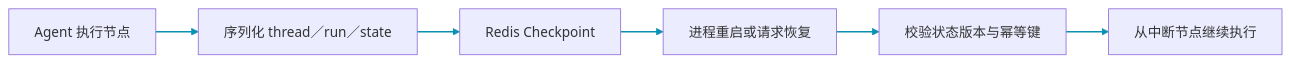
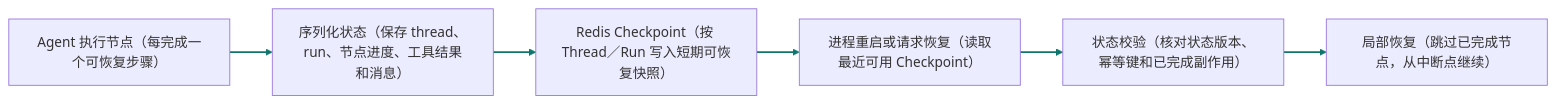
Before and after one commit to monstereatai/RAG: diagram 15 of 37 in docs/interview/功能步骤流程.md, drawn with Mermaid. The commit also changed other lines of this file and 21 other files, not shown here.

````diff
--- a/docs/interview/功能步骤流程.md
+++ b/docs/interview/功能步骤流程.md
@@ -1473,9 +1746,9 @@
 ```mermaid
 flowchart LR
-A[Agent 执行节点] --> B[序列化 thread／run／state]
-  B --> C[Redis Checkpoint]
-  C --> D[进程重启或请求恢复]
-  D --> E[校验状态版本与幂等键]
-  E --> F[从中断节点继续执行]
-  linkStyle 0,1,2,3,4 stroke:#0891b2,stroke-width:2px
+ A[Agent 执行节点（每完成一个可恢复步骤）] --> B[序列化状态（保存 thread、run、节点进度、工具结果和消息）]
+  B --> C[Redis Checkpoint（按 Thread／Run 写入短期可恢复快照）]
+  C --> D[进程重启或请求恢复（读取最近可用 Checkpoint）]
+  D --> E[状态校验（核对状态版本、幂等键和已完成副作用）]
+  E --> F[局部恢复（跳过已完成节点，从中断点继续）]
+  linkStyle 0,1,2,3,4 stroke:#0f766e,stroke-width:2px
 ```
````
